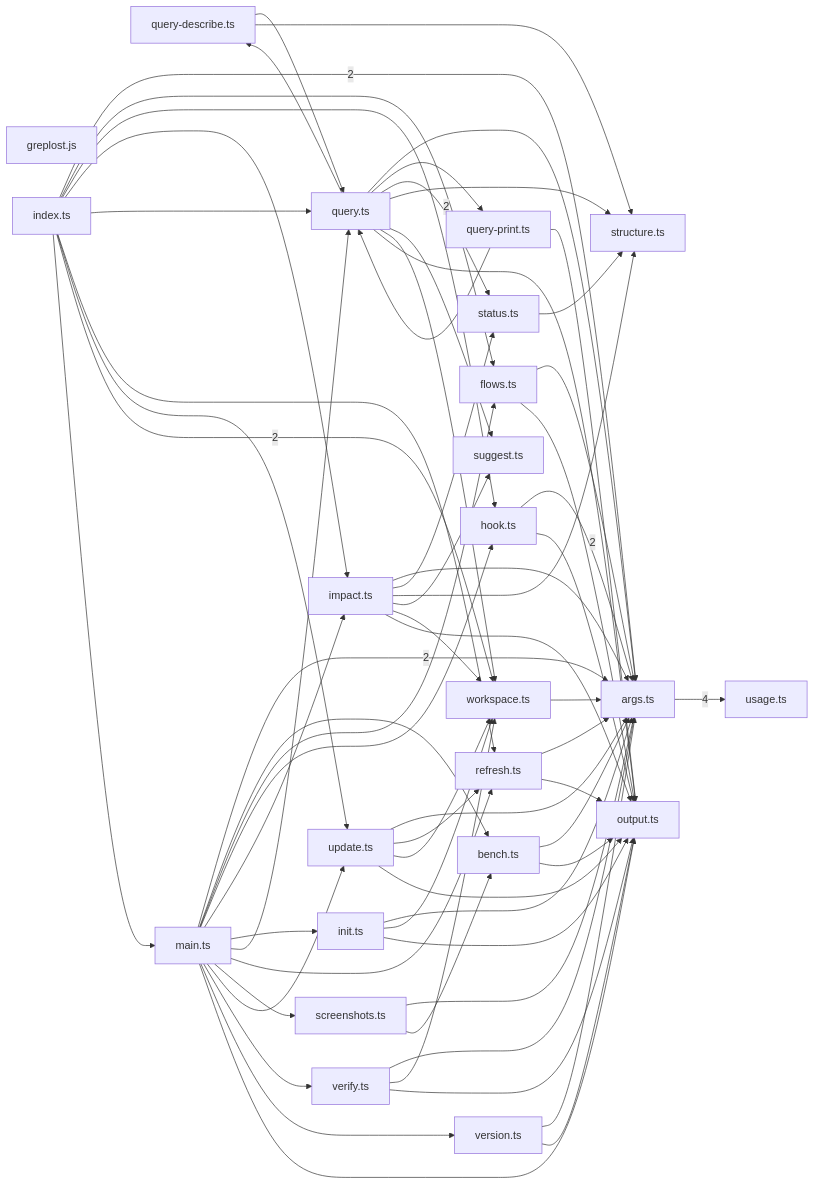
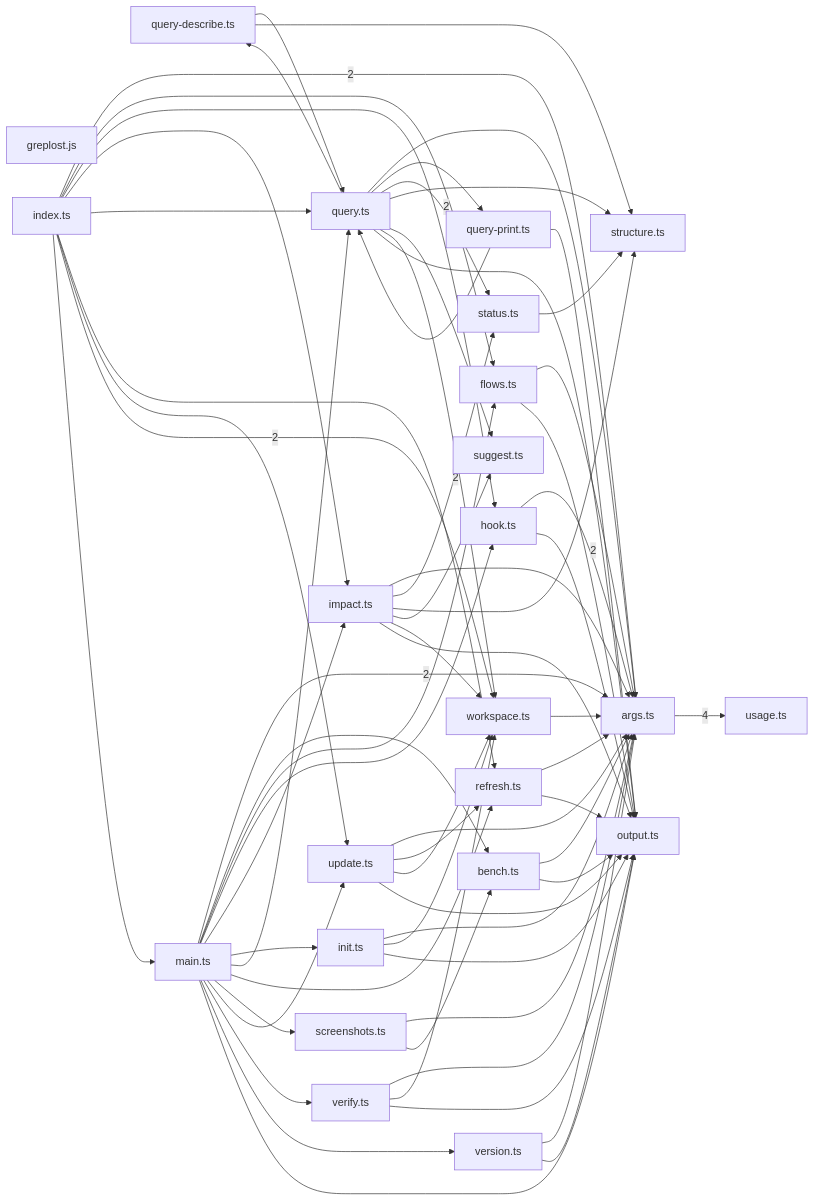
One commit to sns45/greplost changed the diagram in .greplost/packages/greplost/MAP.md. Above: the diagram before and after it, drawn with Mermaid. The commit also changed other lines of this file and 39 other files, not shown here.

```diff
--- a/.greplost/packages/greplost/MAP.md
+++ b/.greplost/packages/greplost/MAP.md
@@ -98,7 +98,7 @@
   packages_cli_src_commands_hook_ts -->|2| packages_cli_src_args_ts
   packages_cli_src_commands_hook_ts --> packages_cli_src_output_ts
   packages_cli_src_commands_impact_ts --> packages_cli_src_args_ts
-  packages_cli_src_commands_impact_ts --> packages_cli_src_commands_status_ts
+  packages_cli_src_commands_impact_ts -->|2| packages_cli_src_commands_status_ts
   packages_cli_src_commands_impact_ts --> packages_cli_src_commands_structure_ts
   packages_cli_src_commands_impact_ts --> packages_cli_src_commands_suggest_ts
   packages_cli_src_commands_impact_ts --> packages_cli_src_commands_workspace_ts
```
